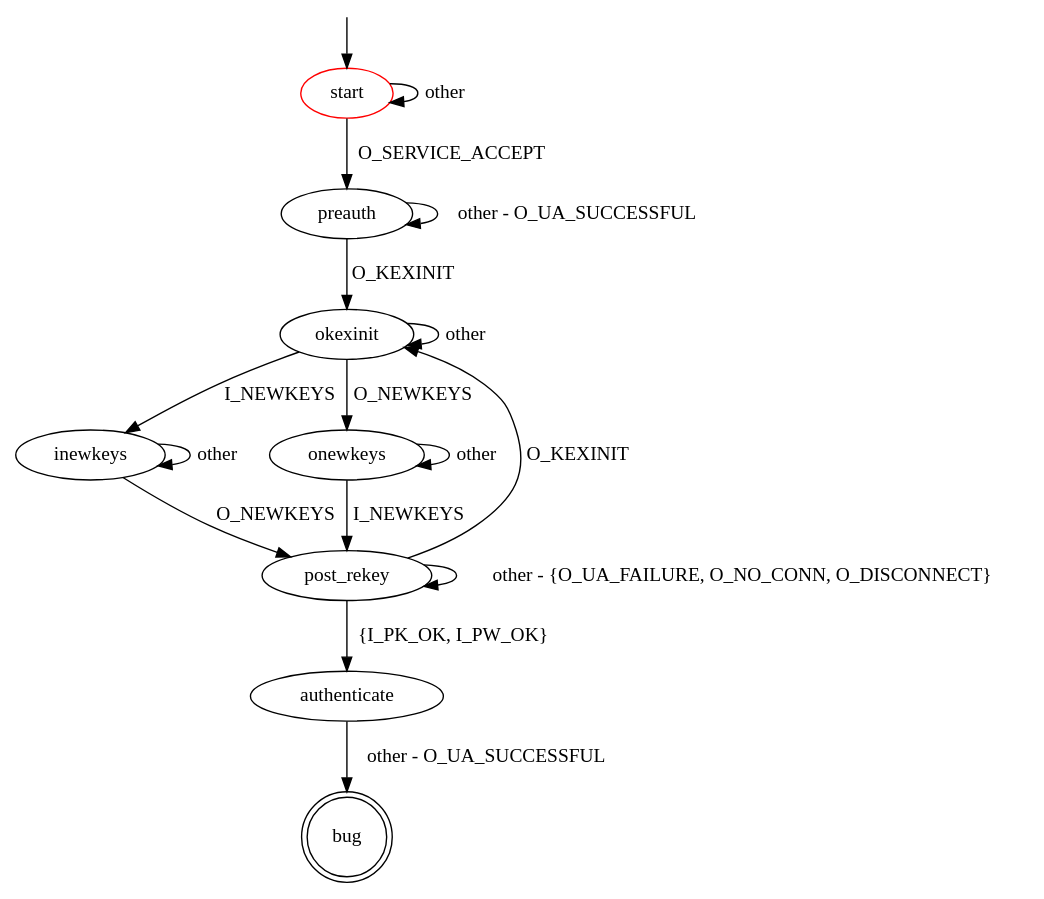
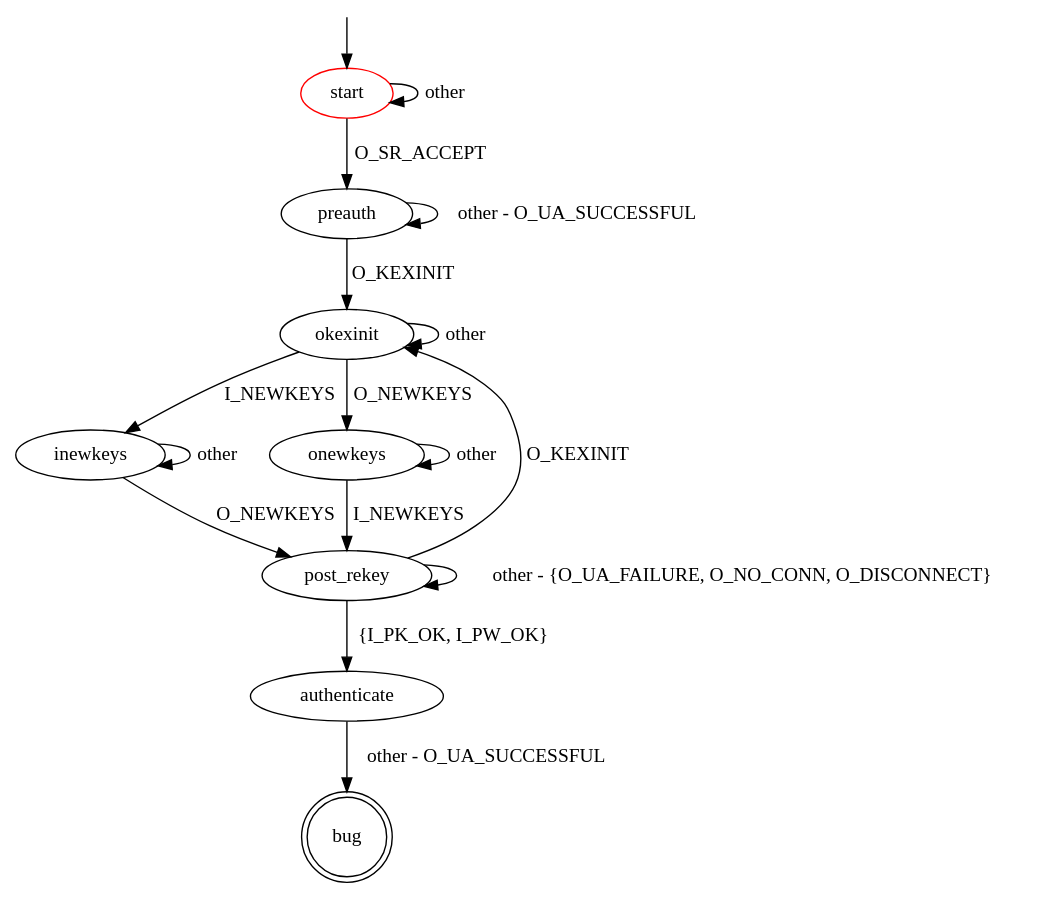
The diagram in src/main/resources/patterns/ssh/ua_failure_after_rekey.dot (assist-project/state-machine-bug-finder), drawn with Graphviz before and after one commit. The commit also changed 10 other files, not shown here.

```diff
--- a/src/main/resources/patterns/ssh/ua_failure_after_rekey.dot
+++ b/src/main/resources/patterns/ssh/ua_failure_after_rekey.dot
@@ -1,29 +1,29 @@
 digraph G {
 label=""
 start [color="red"]
 bug [shape="doublecircle"]
 
-start -> preauth [label="O_SERVICE_ACCEPT"]
+start -> preauth [label="O_SR_ACCEPT"]
 start -> start [label="other"]
 
 preauth -> okexinit [label="O_KEXINIT"]
 preauth -> preauth [label="other - O_UA_SUCCESSFUL"]
 
 okexinit -> inewkeys [label="I_NEWKEYS"]
 okexinit -> onewkeys [label="O_NEWKEYS"]
 okexinit -> okexinit [label="other"]
 
 inewkeys -> post_rekey [label="O_NEWKEYS"]
 inewkeys -> inewkeys [label="other"]
 onewkeys -> post_rekey [label="I_NEWKEYS"]
 onewkeys -> onewkeys [label="other"]
 
 post_rekey -> okexinit [label="O_KEXINIT"]
 post_rekey -> authenticate [label="{I_PK_OK, I_PW_OK}"]
 post_rekey -> post_rekey [label="other - {O_UA_FAILURE, O_NO_CONN, O_DISCONNECT}"]
 
 authenticate -> bug [label="other - O_UA_SUCCESSFUL"]
 
 __start0 [label="" shape="none" width="0" height="0"];
 __start0 -> start;
 }
```
